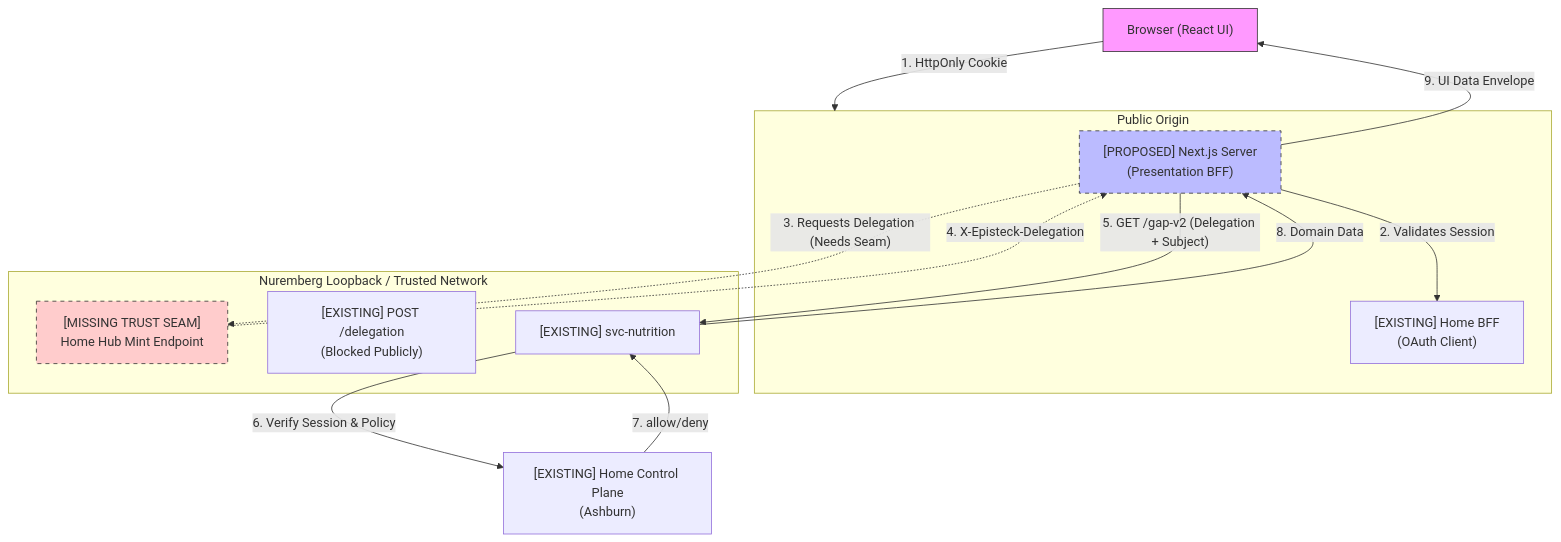
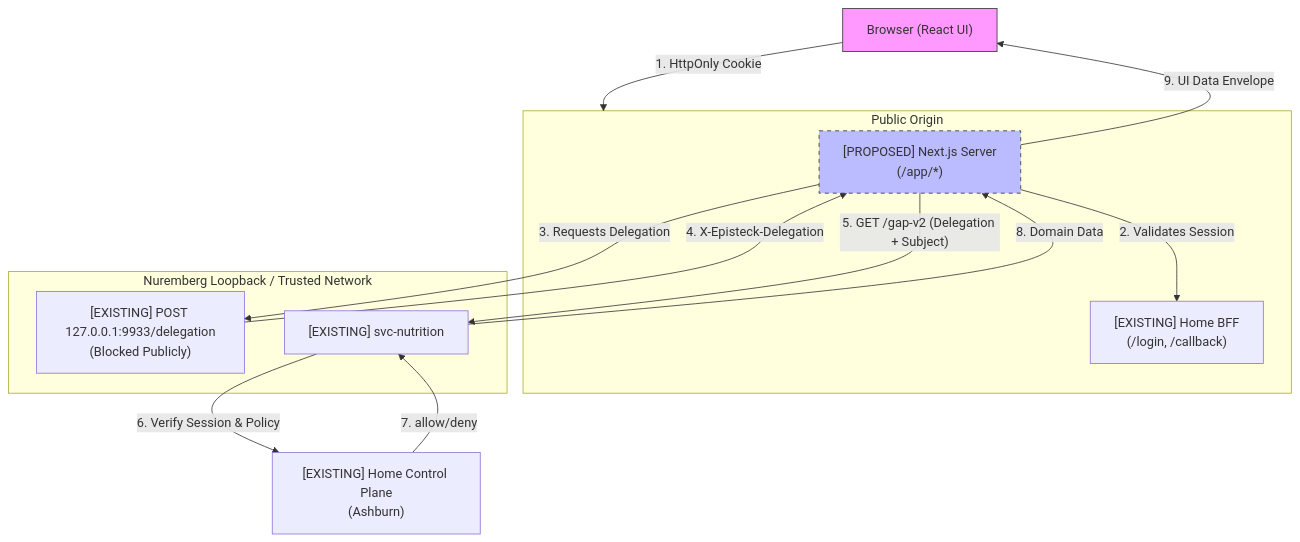
The diagram in docs/product/HOME_HUB_INTEGRATION_FOUNDATION.md (EKvargas/episteck_home), drawn with Mermaid before and after one commit. The commit also changed other lines of this file, not shown here.

Commit message:
docs: apply F0 Product Architect disposition

````diff
--- a/docs/product/HOME_HUB_INTEGRATION_FOUNDATION.md
+++ b/docs/product/HOME_HUB_INTEGRATION_FOUNDATION.md
@@ -30,31 +34,29 @@
 ```mermaid
 flowchart TD
   Browser["Browser (React UI)"]
   
   subgraph PublicBoundary["Public Origin"]
-    NextJS["[PROPOSED] Next.js Server<br/>(Presentation BFF)"]
-    HomeBFF["[EXISTING] Home BFF<br/>(OAuth Client)"]
+    NextJS["[PROPOSED] Next.js Server<br/>(/app/*)"]
+    HomeBFF["[EXISTING] Home BFF<br/>(/login, /callback)"]
   end
   
   subgraph TrustedLocal["Nuremberg Loopback / Trusted Network"]
-    MintSeam["[MISSING TRUST SEAM]<br/>Home Hub Mint Endpoint"]
-    InternalDelegation["[EXISTING] POST /delegation<br/>(Blocked Publicly)"]
+    InternalDelegation["[EXISTING] POST 127.0.0.1:9933/delegation<br/>(Blocked Publicly)"]
     Nutrition["[EXISTING] svc-nutrition"]
   end
   
   ControlPlane["[EXISTING] Home Control Plane<br/>(Ashburn)"]
 
   Browser -- "1. HttpOnly Cookie" --> PublicBoundary
   NextJS -- "2. Validates Session" --> HomeBFF
-  NextJS -. "3. Requests Delegation (Needs Seam)" .-> MintSeam
-  MintSeam -. "4. X-Episteck-Delegation" .-> NextJS
+  NextJS -- "3. Requests Delegation" --> InternalDelegation
+  InternalDelegation -- "4. X-Episteck-Delegation" --> NextJS
   NextJS -- "5. GET /gap-v2 (Delegation + Subject)" --> Nutrition
   Nutrition -- "6. Verify Session & Policy" --> ControlPlane
   ControlPlane -- "7. allow/deny" --> Nutrition
   Nutrition -- "8. Domain Data" --> NextJS
   NextJS -- "9. UI Data Envelope" --> Browser
 
   style Browser fill:#f9f,stroke:#333
   style NextJS stroke-dasharray: 5 5,fill:#bbf,stroke:#333
-  style MintSeam stroke-dasharray: 5 5,fill:#fcc,stroke:#333
 ```
````
